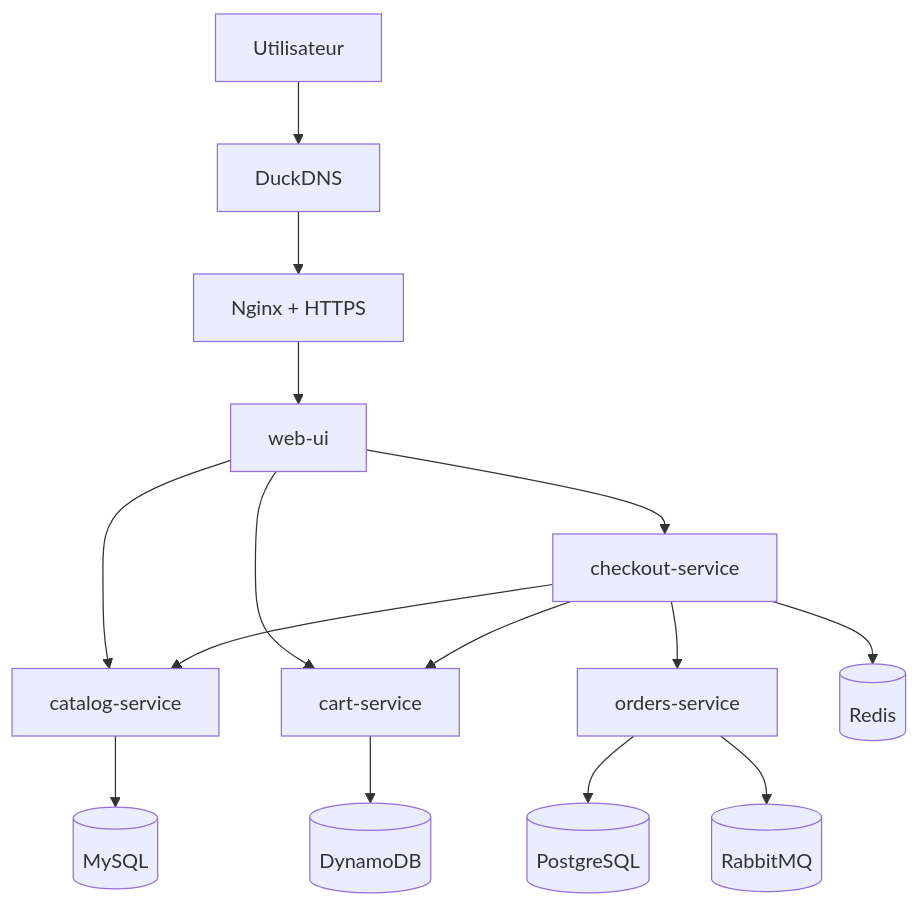
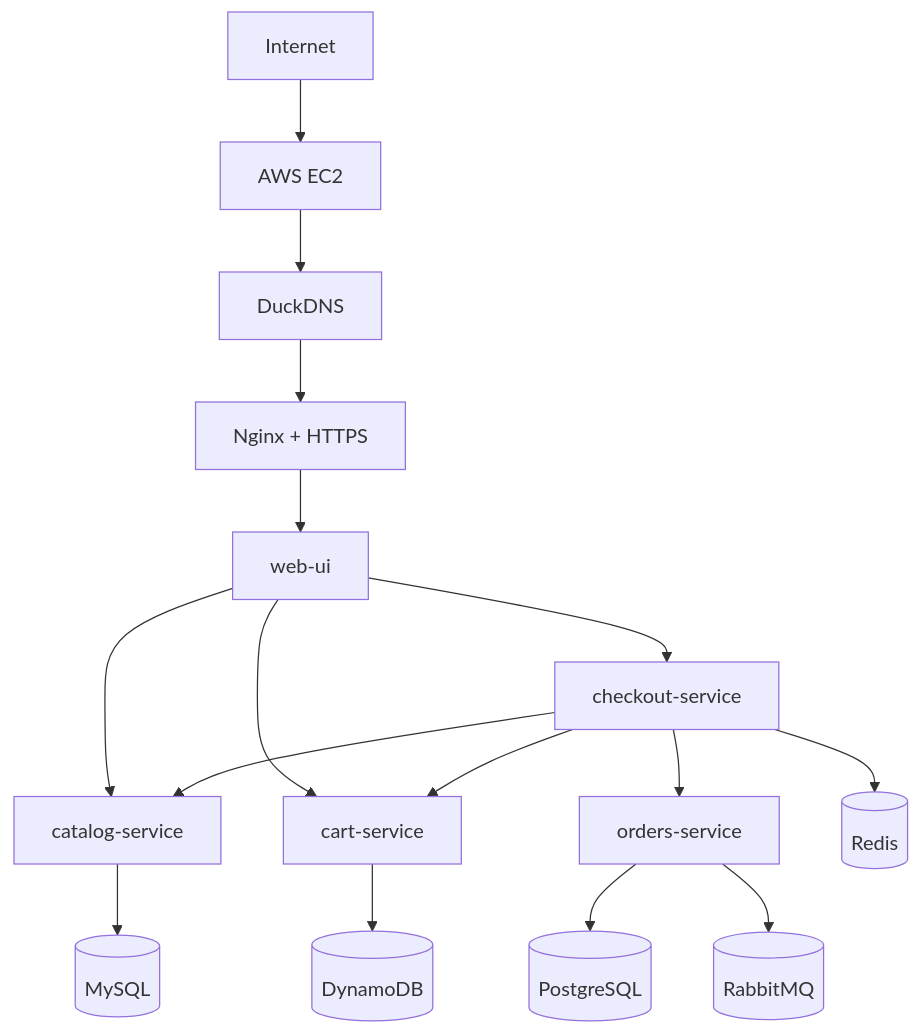
One commit to Whitedukecmr/microservices-ecommerce changed the diagram in README.md. Above: the diagram before and after it, drawn with Mermaid.

Commit message:
fix2ed final mermaid diagram

````diff
--- a/README.md
+++ b/README.md
@@ -15,20 +15,21 @@
 ```mermaid
 flowchart TB
-    U[Utilisateur] --> DNS[DuckDNS]
+    INTERNET[Internet] --> EC2[AWS EC2]
+    EC2 --> DNS[DuckDNS]
     DNS --> NGINX[Nginx + HTTPS]
     NGINX --> WEB[web-ui]
 
     WEB --> CATALOG[catalog-service]
     WEB --> CART[cart-service]
     WEB --> CHECKOUT[checkout-service]
 
     CHECKOUT --> CATALOG
     CHECKOUT --> CART
     CHECKOUT --> ORDERS[orders-service]
 
     CATALOG --> MYSQL[(MySQL)]
     CART --> DYNAMO[(DynamoDB)]
     CHECKOUT --> REDIS[(Redis)]
     ORDERS --> POSTGRES[(PostgreSQL)]
     ORDERS --> MQ[(RabbitMQ)]
 ```
````
